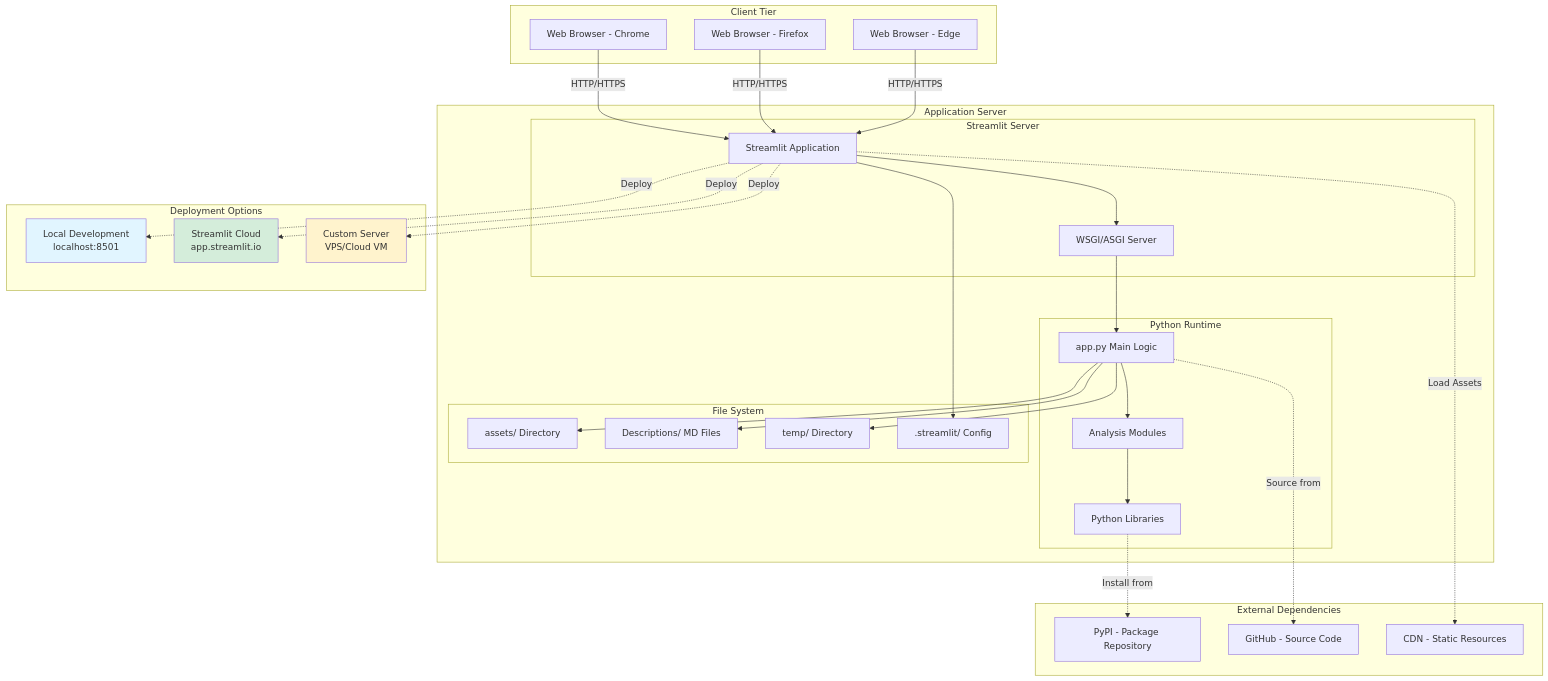
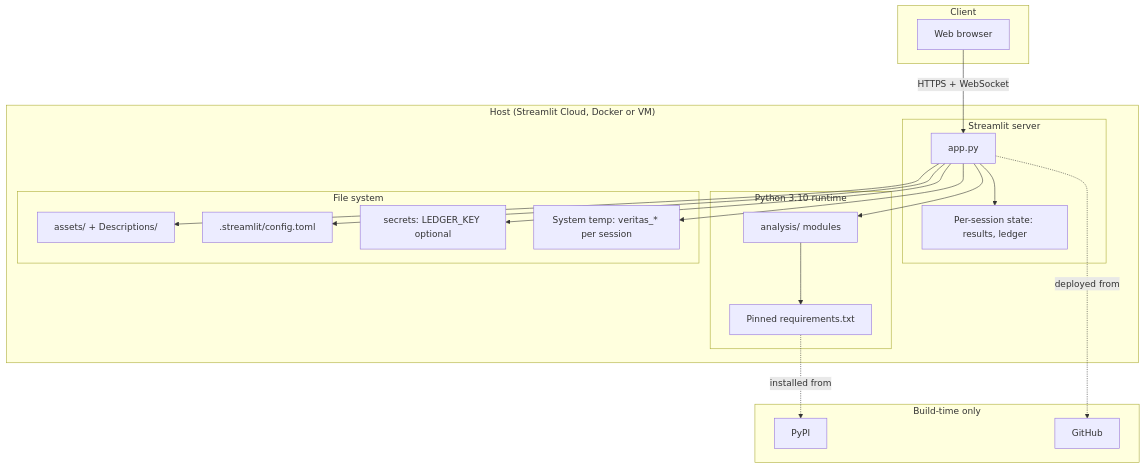
The seventh of 7 diagrams in docs/Documentation.md (CodeRafay/Forensic-Image-Analysis-Toolkit), drawn with Mermaid before and after one commit. The commit also changed other lines of this file and 74 other files, not shown here.

````diff
--- a/docs/Documentation.md
+++ b/docs/Documentation.md
@@ -658,66 +559,39 @@
 ```mermaid
 graph TB
-    subgraph "Client Tier"
-        Browser1[Web Browser - Chrome]
-        Browser2[Web Browser - Firefox]
-        Browser3[Web Browser - Edge]
+    subgraph "Client"
+        Browser[Web browser]
     end
 
-    subgraph "Application Server"
-        subgraph "Streamlit Server"
-            StreamlitApp[Streamlit Application]
-            WSGIServer[WSGI/ASGI Server]
+    subgraph "Host (Streamlit Cloud, Docker or VM)"
+        subgraph "Streamlit server"
+            App[app.py]
+            Sessions[Per-session state: results, ledger]
         end
-
-        subgraph "Python Runtime"
-            AppLogic[app.py Main Logic]
-            AnalysisModules[Analysis Modules]
-            Dependencies[Python Libraries]
+        subgraph "Python 3.10 runtime"
+            Analysis[analysis/ modules]
+            Libs[Pinned requirements.txt]
         end
-
-        subgraph "File System"
-            StaticAssets[assets/ Directory]
-            Descriptions[Descriptions/ MD Files]
-            TempFiles[temp/ Directory]
-            ConfigFiles[.streamlit/ Config]
+        subgraph "File system"
+            Assets[assets/ + Descriptions/]
+            Config[.streamlit/config.toml]
+            Secrets[secrets: LEDGER_KEY optional]
+            Tmp[System temp: veritas_* per session]
         end
     end
 
-    subgraph "Deployment Options"
-        LocalHost[Local Development<br/>localhost:8501]
-        StreamlitCloud[Streamlit Cloud<br/>app.streamlit.io]
-        CustomServer[Custom Server<br/>VPS/Cloud VM]
+    subgraph "Build-time only"
+        PyPI[PyPI]
+        GitHub[GitHub]
     end
 
-    subgraph "External Dependencies"
-        PyPI[PyPI - Package Repository]
-        GitHub[GitHub - Source Code]
-        CDN[CDN - Static Resources]
-    end
-
-    Browser1 -->|HTTP/HTTPS| StreamlitApp
-    Browser2 -->|HTTP/HTTPS| StreamlitApp
-    Browser3 -->|HTTP/HTTPS| StreamlitApp
-
-    StreamlitApp --> WSGIServer
-    WSGIServer --> AppLogic
-    AppLogic --> AnalysisModules
-    AnalysisModules --> Dependencies
-
-    AppLogic --> StaticAssets
-    AppLogic --> Descriptions
-    AppLogic --> TempFiles
-    StreamlitApp --> ConfigFiles
-
-    StreamlitApp -.Deploy.-> LocalHost
-    StreamlitApp -.Deploy.-> StreamlitCloud
-    StreamlitApp -.Deploy.-> CustomServer
-
-    Dependencies -.Install from.-> PyPI
-    AppLogic -.Source from.-> GitHub
-    StreamlitApp -.Load Assets.-> CDN
-
-    style LocalHost fill:#e1f5ff
-    style StreamlitCloud fill:#d4edda
-    style CustomServer fill:#fff3cd
+    Browser -->|HTTPS + WebSocket| App
+    App --> Sessions
+    App --> Analysis
+    Analysis --> Libs
+    App --> Assets
+    App --> Config
+    App --> Secrets
+    App --> Tmp
+    Libs -.installed from.-> PyPI
+    App -.deployed from.-> GitHub
 ```
````
